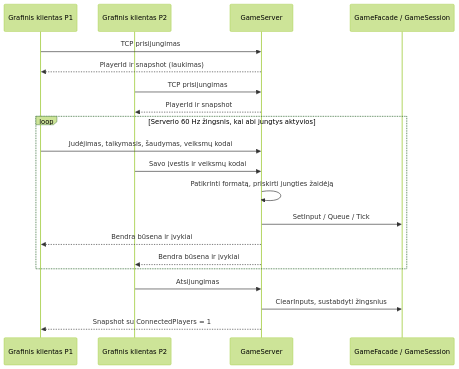
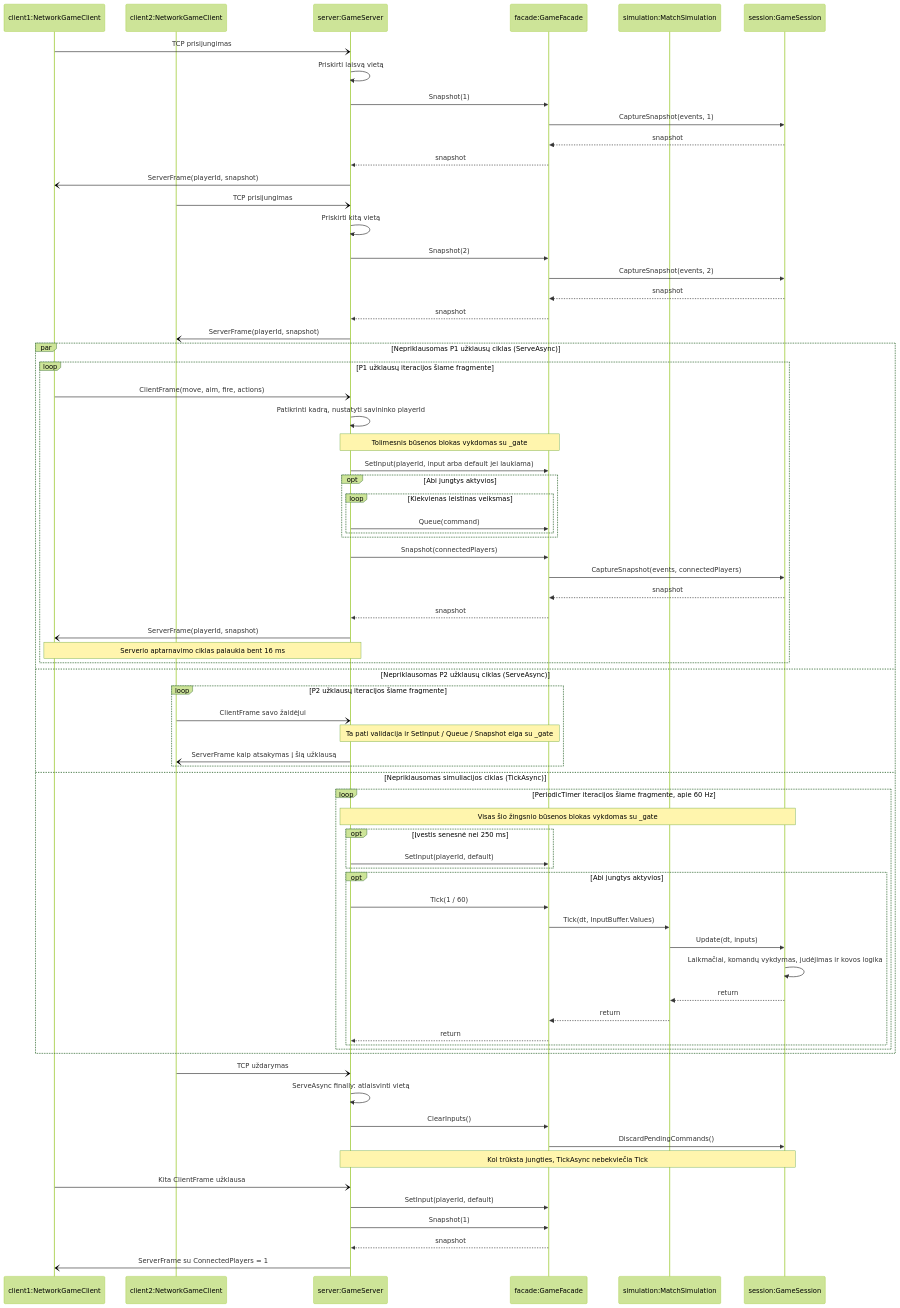
One commit to JuozasPetryla/ZombieShooter changed the seventh of 7 diagrams in docs/PROJEKTO_APRASAS.md. Above: the diagram before and after it, drawn with Mermaid (forest theme). The commit also changed other lines of this file and 5 other files, not shown here.

Commit message:
UML and shit

````diff
--- a/docs/PROJEKTO_APRASAS.md
+++ b/docs/PROJEKTO_APRASAS.md
@@ -845,22 +996,74 @@
 ```mermaid
 sequenceDiagram
-    participant P1 as Grafinis klientas P1
-    participant P2 as Grafinis klientas P2
-    participant Server as GameServer
-    participant Facade as GameFacade / GameSession
-    P1->>Server: TCP prisijungimas
-    Server-->>P1: PlayerId ir snapshot (laukimas)
-    P2->>Server: TCP prisijungimas
-    Server-->>P2: PlayerId ir snapshot
-    loop Serverio 60 Hz žingsnis, kai abi jungtys aktyvios
-        P1->>Server: Judėjimas, taikymasis, šaudymas, veiksmų kodai
-        P2->>Server: Savo įvestis ir veiksmų kodai
-        Server->>Server: Patikrinti formatą, priskirti jungties žaidėją
-        Server->>Facade: SetInput / Queue / Tick
-        Server-->>P1: Bendra būsena ir įvykiai
-        Server-->>P2: Bendra būsena ir įvykiai
+    participant P1 as client1:NetworkGameClient
+    participant P2 as client2:NetworkGameClient
+    participant Server as server:GameServer
+    participant Facade as facade:GameFacade
+    participant Simulation as simulation:MatchSimulation
+    participant Session as session:GameSession
+    P1-)Server: TCP prisijungimas
+    Server->>Server: Priskirti laisvą vietą
+    Server->>Facade: Snapshot(1)
+    Facade->>Session: CaptureSnapshot(events, 1)
+    Session-->>Facade: snapshot
+    Facade-->>Server: snapshot
+    Server-)P1: ServerFrame(playerId, snapshot)
+    P2-)Server: TCP prisijungimas
+    Server->>Server: Priskirti kitą vietą
+    Server->>Facade: Snapshot(2)
+    Facade->>Session: CaptureSnapshot(events, 2)
+    Session-->>Facade: snapshot
+    Facade-->>Server: snapshot
+    Server-)P2: ServerFrame(playerId, snapshot)
+    par Nepriklausomas P1 užklausų ciklas (ServeAsync)
+        loop P1 užklausų iteracijos šiame fragmente
+            P1-)Server: ClientFrame(move, aim, fire, actions)
+            Server->>Server: Patikrinti kadrą, nustatyti savininko playerId
+            Note over Server,Facade: Tolimesnis būsenos blokas vykdomas su _gate
+            Server->>Facade: SetInput(playerId, input arba default jei laukiama)
+            opt Abi jungtys aktyvios
+                loop Kiekvienas leistinas veiksmas
+                    Server->>Facade: Queue(command)
+                end
+            end
+            Server->>Facade: Snapshot(connectedPlayers)
+            Facade->>Session: CaptureSnapshot(events, connectedPlayers)
+            Session-->>Facade: snapshot
+            Facade-->>Server: snapshot
+            Server-)P1: ServerFrame(playerId, snapshot)
+            Note over P1,Server: Serverio aptarnavimo ciklas palaukia bent 16 ms
+        end
+    and Nepriklausomas P2 užklausų ciklas (ServeAsync)
+        loop P2 užklausų iteracijos šiame fragmente
+            P2-)Server: ClientFrame savo žaidėjui
+            Note over Server,Facade: Ta pati validacija ir SetInput / Queue / Snapshot eiga su _gate
+            Server-)P2: ServerFrame kaip atsakymas į šią užklausą
+        end
+    and Nepriklausomas simuliacijos ciklas (TickAsync)
+        loop PeriodicTimer iteracijos šiame fragmente, apie 60 Hz
+            Note over Server,Session: Visas šio žingsnio būsenos blokas vykdomas su _gate
+            opt Įvestis senesnė nei 250 ms
+                Server->>Facade: SetInput(playerId, default)
+            end
+            opt Abi jungtys aktyvios
+                Server->>Facade: Tick(1 / 60)
+                Facade->>Simulation: Tick(dt, InputBuffer.Values)
+                Simulation->>Session: Update(dt, inputs)
+                Session->>Session: Laikmačiai, komandų vykdymas, judėjimas ir kovos logika
+                Session-->>Simulation: return
+                Simulation-->>Facade: return
+                Facade-->>Server: return
+            end
+        end
     end
-    P2->>Server: Atsijungimas
-    Server->>Facade: ClearInputs, sustabdyti žingsnius
-    Server-->>P1: Snapshot su ConnectedPlayers = 1
+    P2-)Server: TCP uždarymas
+    Server->>Server: ServeAsync finally: atlaisvinti vietą
+    Server->>Facade: ClearInputs()
+    Facade->>Session: DiscardPendingCommands()
+    Note over Server,Session: Kol trūksta jungties, TickAsync nebekviečia Tick
+    P1-)Server: Kita ClientFrame užklausa
+    Server->>Facade: SetInput(playerId, default)
+    Server->>Facade: Snapshot(1)
+    Facade-->>Server: snapshot
+    Server-)P1: ServerFrame su ConnectedPlayers = 1
 ```
````
